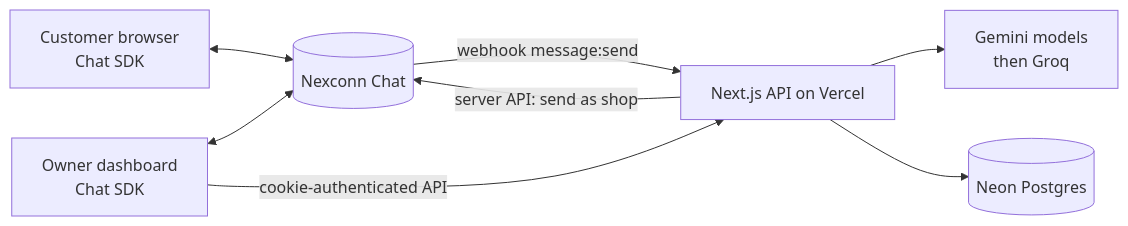
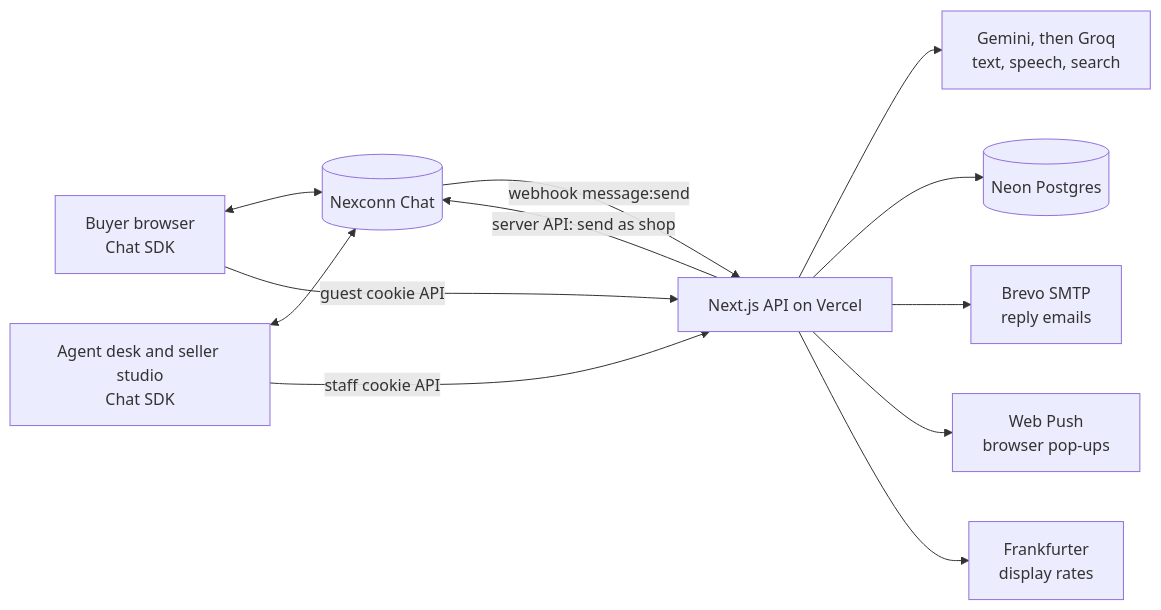
Before and after one commit to Masterpush07/LinguaDesk: the diagram in README.md, drawn with Mermaid. The commit also changed other lines of this file and 2 other files, not shown here.

````diff
--- a/README.md
+++ b/README.md
@@ -54,10 +89,14 @@
 ```mermaid
 flowchart LR
-  C[Customer browser<br/>Chat SDK] <--> N[(Nexconn Chat)]
-  O[Owner dashboard<br/>Chat SDK] <--> N
+  B[Buyer browser<br/>Chat SDK] <--> N[(Nexconn Chat)]
+  S[Agent desk and seller studio<br/>Chat SDK] <--> N
   N -- webhook message:send --> W[Next.js API on Vercel]
-  W --> AI[Gemini models<br/>then Groq]
+  W --> AI[Gemini, then Groq<br/>text, speech, search]
   W --> DB[(Neon Postgres)]
   W -- server API: send as shop --> N
-  O -- cookie-authenticated API --> W
+  W --> M[Brevo SMTP<br/>reply emails]
+  W --> P[Web Push<br/>browser pop-ups]
+  W --> F[Frankfurter<br/>display rates]
+  B -- guest cookie API --> W
+  S -- staff cookie API --> W
 ```
````
